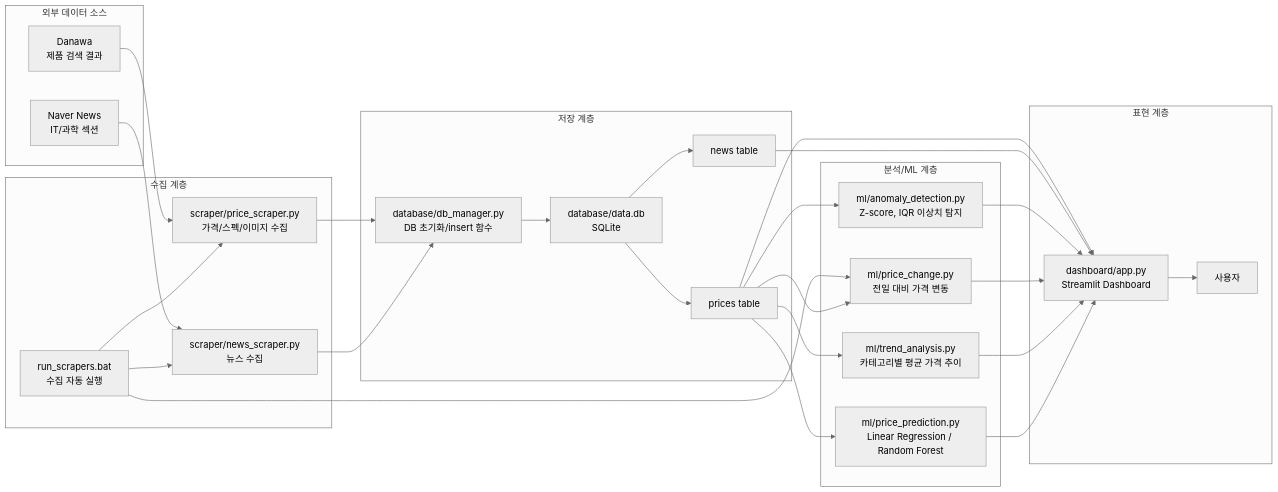
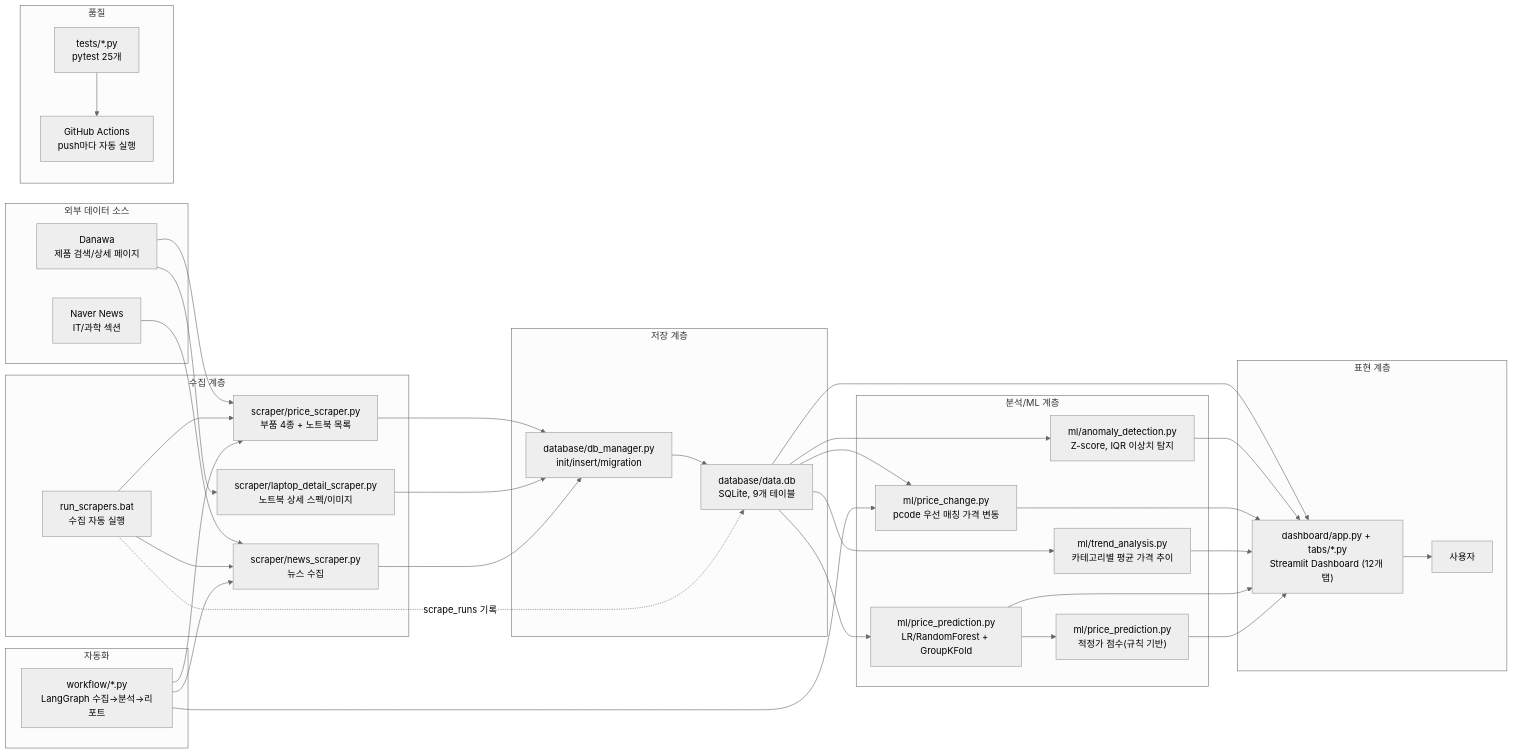
Before and after one commit to kwsahe/market-pulse: the first of 6 diagrams in screenshots/ARCHITECTURE.md, drawn with Mermaid (neutral theme). The commit also changed other lines of this file and 10 other files, not shown here.

First line of the commit message:
feat: CI 워크플로 추가 + 아키텍처 다이어그램 개선 + 대표 로고 제작/적용

````diff
--- a/screenshots/ARCHITECTURE.md
+++ b/screenshots/ARCHITECTURE.md
@@ -20,57 +21,73 @@
 ```mermaid
 flowchart LR
     subgraph External["외부 데이터 소스"]
-        Danawa["Danawa<br/>제품 검색 결과"]
+        Danawa["Danawa<br/>제품 검색/상세 페이지"]
         Naver["Naver News<br/>IT/과학 섹션"]
     end
 
     subgraph Scraper["수집 계층"]
-        PriceScraper["scraper/price_scraper.py<br/>가격/스펙/이미지 수집"]
+        PriceScraper["scraper/price_scraper.py<br/>부품 4종 + 노트북 목록"]
+        DetailScraper["scraper/laptop_detail_scraper.py<br/>노트북 상세 스펙/이미지"]
         NewsScraper["scraper/news_scraper.py<br/>뉴스 수집"]
         Batch["run_scrapers.bat<br/>수집 자동 실행"]
     end
 
     subgraph DB["저장 계층"]
-        DBManager["database/db_manager.py<br/>DB 초기화/insert 함수"]
-        SQLite["database/data.db<br/>SQLite"]
-        Prices["prices table"]
-        News["news table"]
+        DBManager["database/db_manager.py<br/>init/insert/migration"]
+        SQLite["database/data.db<br/>SQLite, 9개 테이블"]
     end
 
     subgraph ML["분석/ML 계층"]
         Anomaly["ml/anomaly_detection.py<br/>Z-score, IQR 이상치 탐지"]
-        Change["ml/price_change.py<br/>전일 대비 가격 변동"]
+        Change["ml/price_change.py<br/>pcode 우선 매칭 가격 변동"]
         Trend["ml/trend_analysis.py<br/>카테고리별 평균 가격 추이"]
-        Prediction["ml/price_prediction.py<br/>Linear Regression / Random Forest"]
+        Prediction["ml/price_prediction.py<br/>LR/RandomForest + GroupKFold"]
+        Score["ml/price_prediction.py<br/>적정가 점수(규칙 기반)"]
+    end
+
+    subgraph Auto["자동화"]
+        Workflow["workflow/*.py<br/>LangGraph 수집→분석→리포트"]
     end
 
     subgraph UI["표현 계층"]
-        Dashboard["dashboard/app.py<br/>Streamlit Dashboard"]
+        Dashboard["dashboard/app.py + tabs/*.py<br/>Streamlit Dashboard (12개 탭)"]
         User["사용자"]
     end
 
+    subgraph Quality["품질"]
+        Tests["tests/*.py<br/>pytest 25개"]
+        CI["GitHub Actions<br/>push마다 자동 실행"]
+    end
+
     Danawa --> PriceScraper
+    Danawa --> DetailScraper
     Naver --> NewsScraper
     Batch --> PriceScraper
     Batch --> NewsScraper
-    Batch --> Change
 
     PriceScraper --> DBManager
+    DetailScraper --> DBManager
     NewsScraper --> DBManager
     DBManager --> SQLite
-    SQLite --> Prices
-    SQLite --> News
+    Batch -.scrape_runs 기록.-> SQLite
 
-    Prices --> Anomaly
-    Prices --> Change
-    Prices --> Trend
-    Prices --> Prediction
-    Prices --> Dashboard
-    News --> Dashboard
+    SQLite --> Anomaly
+    SQLite --> Change
+    SQLite --> Trend
+    SQLite --> Prediction
+    Prediction --> Score
+    SQLite --> Dashboard
 
     Anomaly --> Dashboard
     Change --> Dashboard
     Trend --> Dashboard
     Prediction --> Dashboard
+    Score --> Dashboard
     Dashboard --> User
+
+    Workflow --> PriceScraper
+    Workflow --> NewsScraper
+    Workflow --> Change
+
+    Tests --> CI
 ```
````
